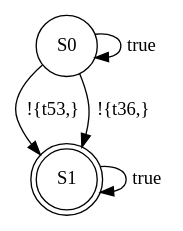
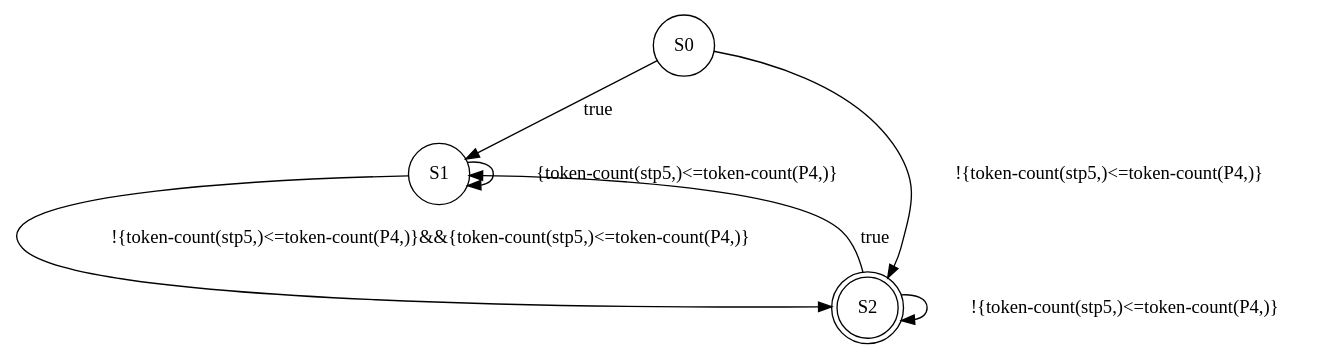
The diagram in cmake-build-debug/BA.dot (Tj-Cong/EnPAC_2021_RD), drawn with Graphviz before and after one commit. The commit also changed 34 other files, not shown here.

```diff
--- a/cmake-build-debug/BA.dot
+++ b/cmake-build-debug/BA.dot
@@ -1,9 +1,12 @@
 digraph BA {
 	S0 [shape=circle]
-	S1 [shape=doublecircle]
+	S1 [shape=circle]
+	S2 [shape=doublecircle]
 
-	S0->S1 [label="!{t53,}"]
-	S0->S1 [label="!{t36,}"]
-	S0->S0 [label="true"]
-	S1->S1 [label="true"]
+	S0->S2 [label="!{token-count(stp5,)<=token-count(P4,)}"]
+	S0->S1 [label="true"]
+	S1->S2 [label="!{token-count(stp5,)<=token-count(P4,)}&&{token-count(stp5,)<=token-count(P4,)}"]
+	S1->S1 [label="{token-count(stp5,)<=token-count(P4,)}"]
+	S2->S2 [label="!{token-count(stp5,)<=token-count(P4,)}"]
+	S2->S1 [label="true"]
 }
```
